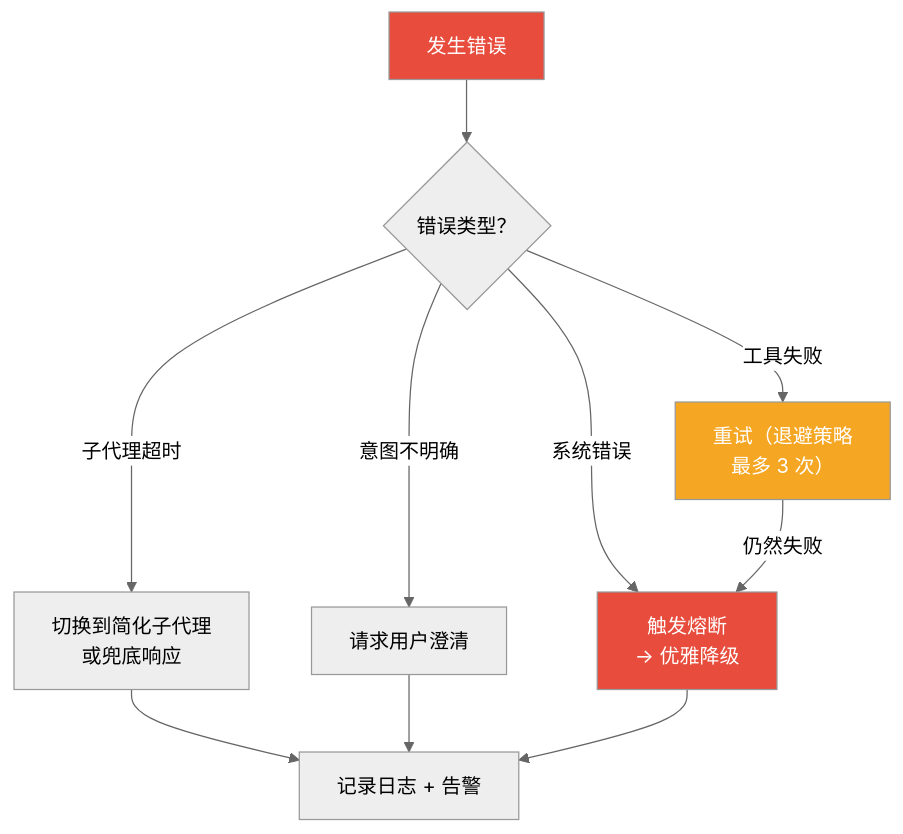
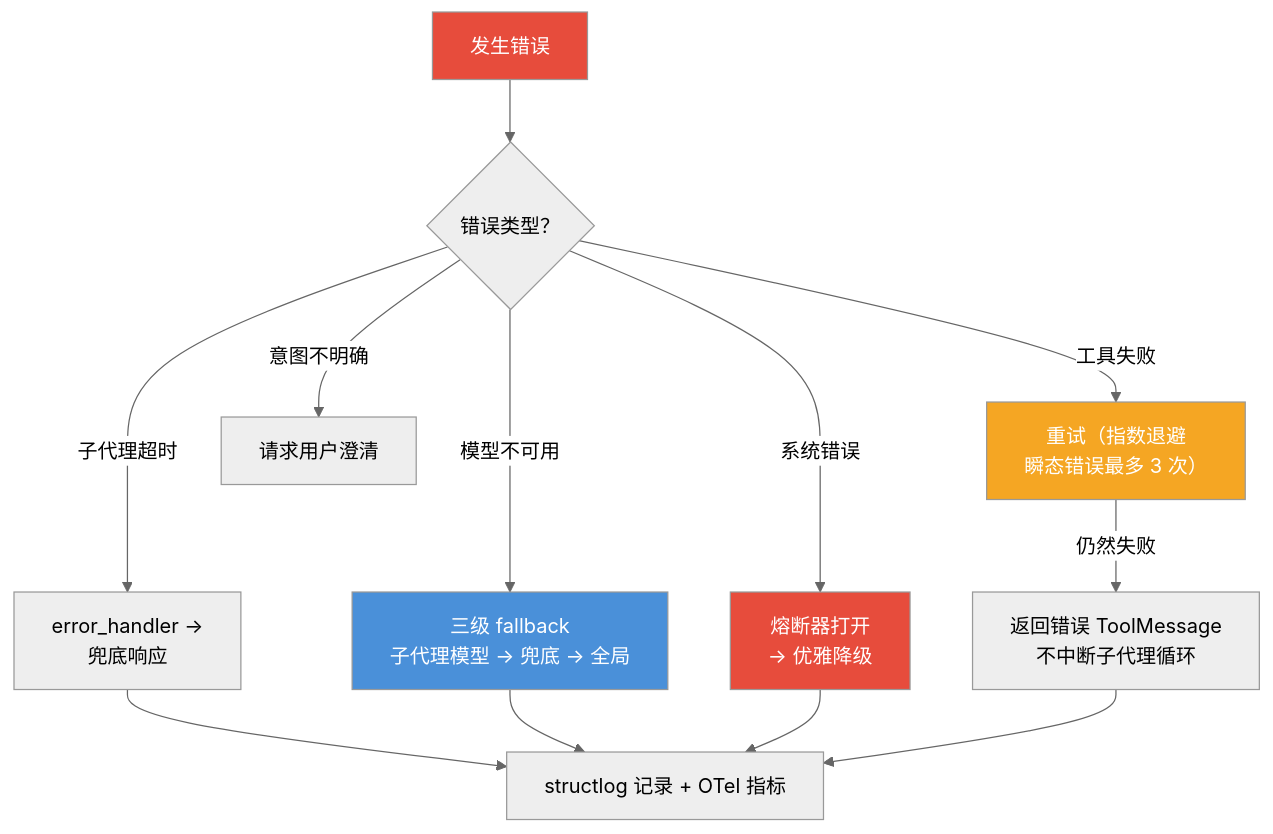
Diagram 19 of 19 in doc/DESIGN.md (heelynn/artipivot), drawn with Mermaid (neutral theme) before and after one commit. The commit also changed other lines of this file and 2 other files, not shown here.

````diff
--- a/doc/DESIGN.md
+++ b/doc/DESIGN.md
@@ -1242,17 +1583,20 @@
 ```mermaid
 flowchart TD
     Error["发生错误"] --> Type{"错误类型？"}
-    Type -->|工具失败| Retry["重试（退避策略<br/>最多 3 次）"]
-    Type -->|子代理超时| FallbackSA["切换到简化子代理<br/>或兜底响应"]
+    Type -->|工具失败| Retry["重试（指数退避<br/>瞬态错误最多 3 次）"]
+    Type -->|子代理超时| FallbackSA["error_handler →<br/>兜底响应"]
     Type -->|意图不明确| Clarify["请求用户澄清"]
-    Type -->|系统错误| Circuit["触发熔断<br/>→ 优雅降级"]
+    Type -->|模型不可用| ModelFB["三级 fallback<br/>子代理模型 → 兜底 → 全局"]
+    Type -->|系统错误| Circuit["熔断器打开<br/>→ 优雅降级"]
 
-    Retry -->|"仍然失败"| Circuit
-    FallbackSA --> Log["记录日志 + 告警"]
-    Clarify --> Log
+    Retry -->|"仍然失败"| ErrMsg["返回错误 ToolMessage<br/>不中断子代理循环"]
+    FallbackSA --> Log["structlog 记录 + OTel 指标"]
+    ModelFB --> Log
     Circuit --> Log
+    ErrMsg --> Log
 
     style Error fill:#E74C3C,color:#fff
     style Retry fill:#F5A623,color:#fff
     style Circuit fill:#E74C3C,color:#fff
+    style ModelFB fill:#4A90D9,color:#fff
 ```
````
